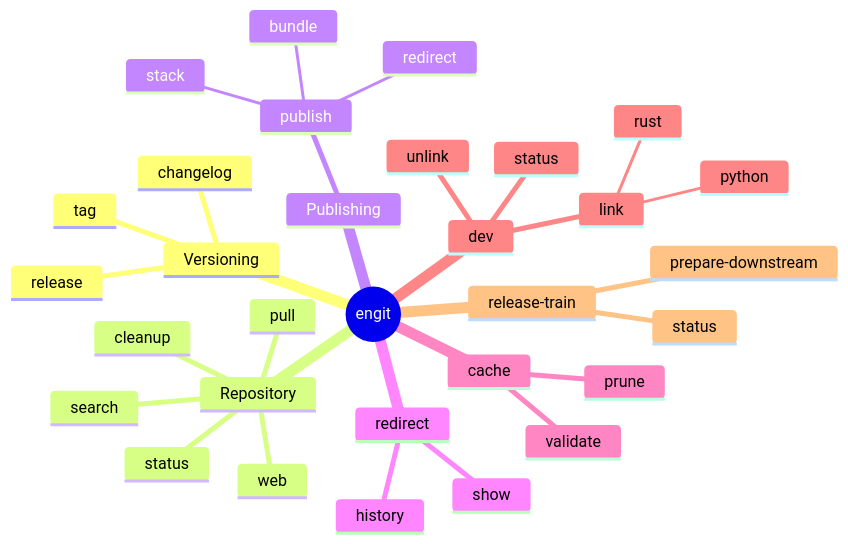
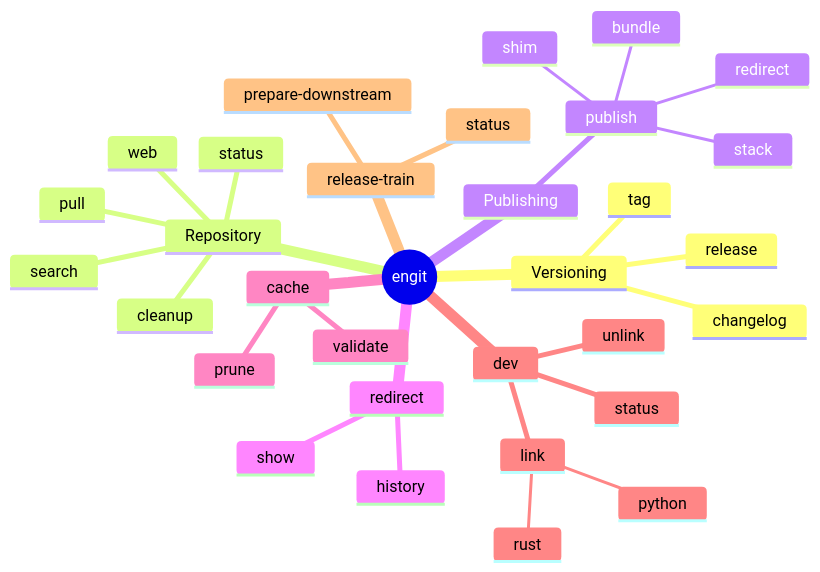
One commit to gtvfx-envoy/envoy_utils changed the diagram in docs/cli-reference/engit.md. Above: the diagram before and after it, drawn with Mermaid. The commit also changed other lines of this file and 12 other files, not shown here.

````diff
--- a/docs/cli-reference/engit.md
+++ b/docs/cli-reference/engit.md
@@ -7,34 +7,35 @@
 ```mermaid
 mindmap
   root((engit))
     Versioning
       tag
       release
       changelog
     Repository
       status
       cleanup
       pull
       web
       search
     Publishing
       publish
         bundle
         stack
         redirect
+        shim
     redirect
       show
       history
     cache
       validate
       prune
     dev
       link
         rust
         python
       unlink
       status
     release-train
       status
       prepare-downstream
 ```
````
